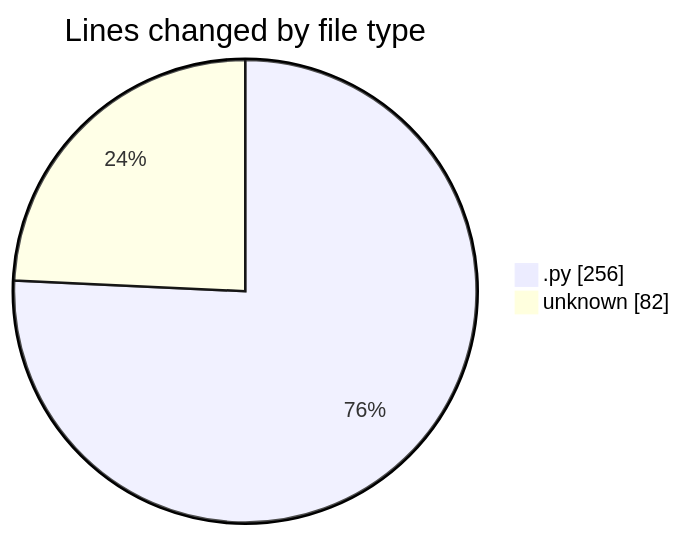
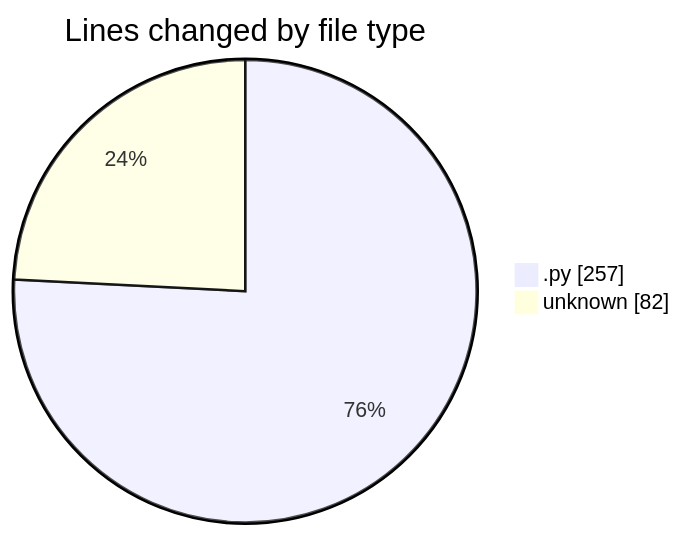
Before and after one commit to julien-gomy/code-tracking: the first of 2 diagrams in 2025-10-16/eventscop-api-guide__workspace_/README.md, drawn with Mermaid. The commit also changed other lines of this file and 1 other file, not shown here.

````diff
--- a/2025-10-16/eventscop-api-guide__workspace_/README.md
+++ b/2025-10-16/eventscop-api-guide__workspace_/README.md
@@ -25,6 +25,6 @@
 ```mermaid
 pie showData
 title Lines changed by file type
-".py" : 256
+".py" : 257
 "unknown" : 82
 ```
````
